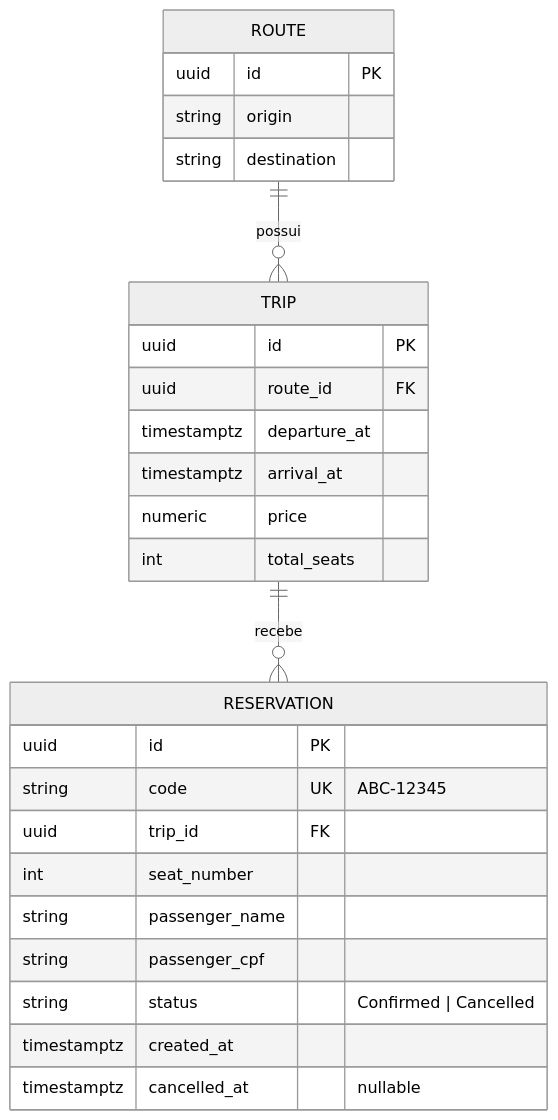
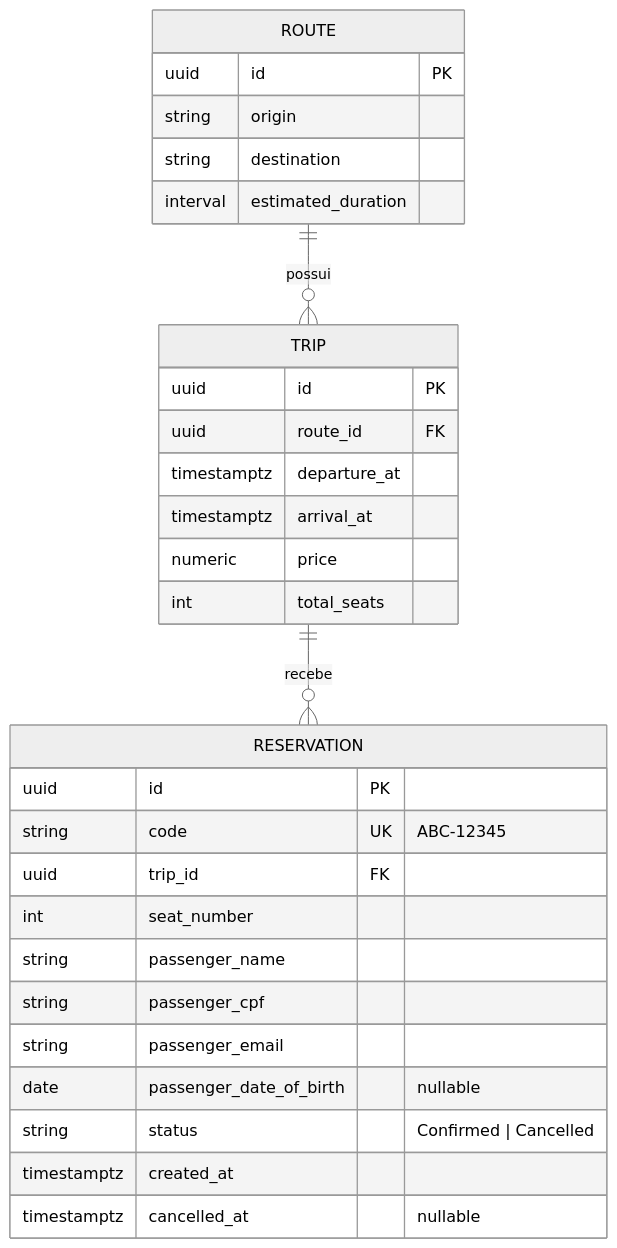
Before and after one commit to medinasp/OniBus-Express: the diagram in docs/spec.md, drawn with Mermaid (neutral theme). The commit also changed other lines of this file and 28 other files, not shown here.

````diff
--- a/docs/spec.md
+++ b/docs/spec.md
@@ -67,30 +67,33 @@
 ```mermaid
 erDiagram
     ROUTE ||--o{ TRIP : "possui"
     TRIP ||--o{ RESERVATION : "recebe"
 
     ROUTE {
         uuid id PK
         string origin
         string destination
+        interval estimated_duration
     }
     TRIP {
         uuid id PK
         uuid route_id FK
         timestamptz departure_at
         timestamptz arrival_at
         numeric price
         int total_seats
     }
     RESERVATION {
         uuid id PK
         string code UK "ABC-12345"
         uuid trip_id FK
         int seat_number
         string passenger_name
         string passenger_cpf
+        string passenger_email
+        date passenger_date_of_birth "nullable"
         string status "Confirmed | Cancelled"
         timestamptz created_at
         timestamptz cancelled_at "nullable"
     }
 ```
````
